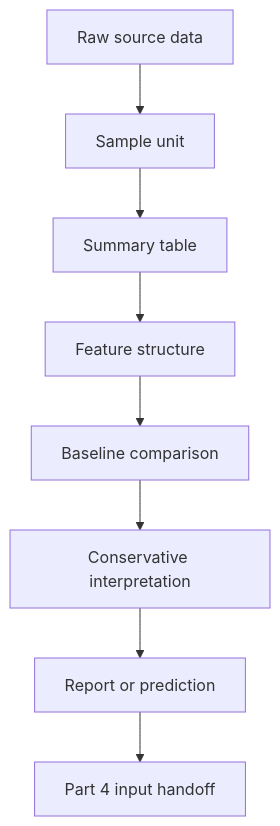
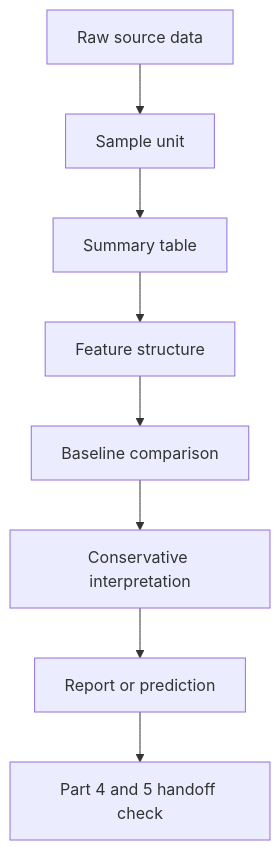
One commit to devchan64/AiBook changed the diagram in docs/parts/part-03/index.md. Above: the diagram before and after it, drawn with Mermaid. The commit also changed other lines of this file and 112 other files, not shown here.

````diff
--- a/docs/parts/part-03/index.md
+++ b/docs/parts/part-03/index.md
@@ -70,10 +81,10 @@
 ```mermaid
 flowchart TD
     A[Raw source data] --> B[Sample unit]
     B --> C[Summary table]
     C --> D[Feature structure]
     D --> E[Baseline comparison]
     E --> F[Conservative interpretation]
     F --> G[Report or prediction]
-    G --> H[Part 4 input handoff]
+    G --> H[Part 4 and 5 handoff check]
 ```
````
